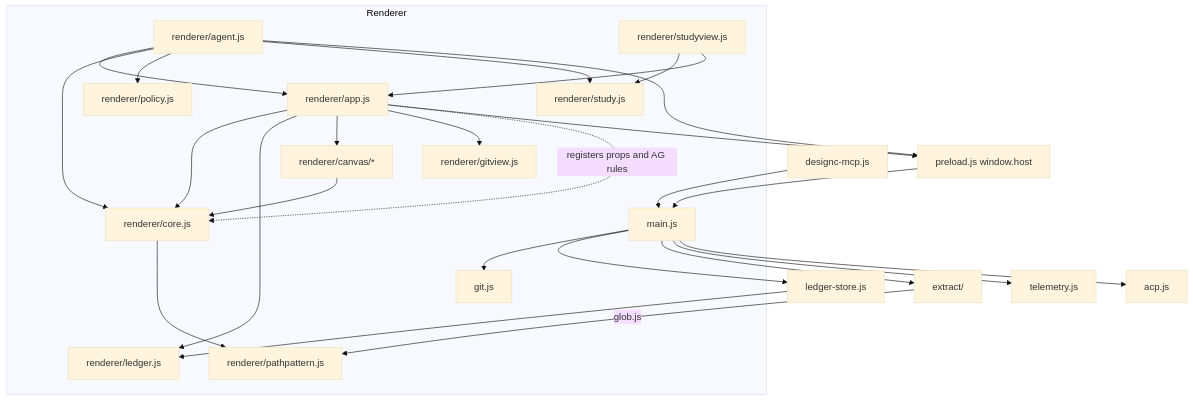
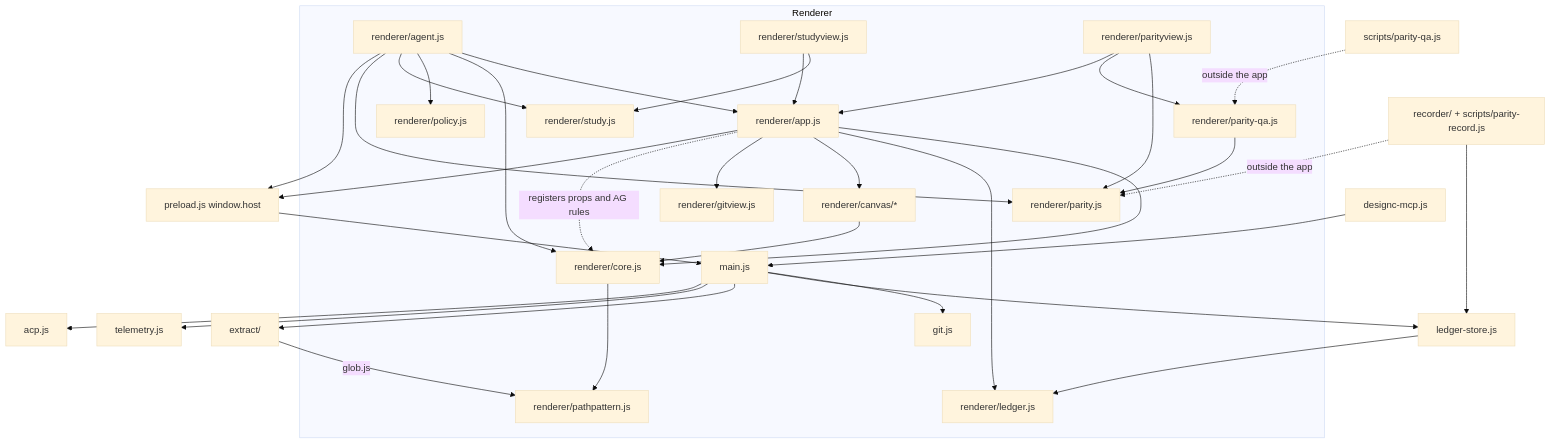
The second of 2 diagrams in ARCHITECTURE.md (xMikeTR/designc), drawn with Mermaid (base theme) before and after one commit. The commit also changed other lines of this file and 197 other files, not shown here.

````diff
--- a/ARCHITECTURE.md
+++ b/ARCHITECTURE.md
@@ -108,29 +114,37 @@
 ```mermaid
 graph TD
   subgraph Renderer
     app[renderer/app.js] --> core[renderer/core.js]
     app --> ledger[renderer/ledger.js]
     app --> canvas[renderer/canvas/*]
     agent[renderer/agent.js] --> app
     agent --> core
     agent --> policy[renderer/policy.js]
     agent --> study[renderer/study.js]
     studyview[renderer/studyview.js] --> study
     studyview --> app
+    parityview[renderer/parityview.js] --> parity[renderer/parity.js]
+    parityview --> parityqa[renderer/parity-qa.js]
+    parityqa --> parity
+    parityview --> app
+    agent --> parity
     main --> gitmod[git.js]
     app --> gitview[renderer/gitview.js]
     canvas --> core
     core --> pp[renderer/pathpattern.js]
     app -. registers props and AG rules .-> core
   end
   app --> host[preload.js window.host]
   agent --> host
   host --> main[main.js]
   main --> store[ledger-store.js]
   store --> ledger
   main --> extract[extract/]
   extract -->|glob.js| pp
   main --> telemetry[telemetry.js]
   main --> acp[acp.js]
   mcp[designc-mcp.js] --> main
+  recorder[recorder/ + scripts/parity-record.js] -. outside the app .-> parity
+  qacli[scripts/parity-qa.js] -. outside the app .-> parityqa
+  recorder --> store
 ```
````
